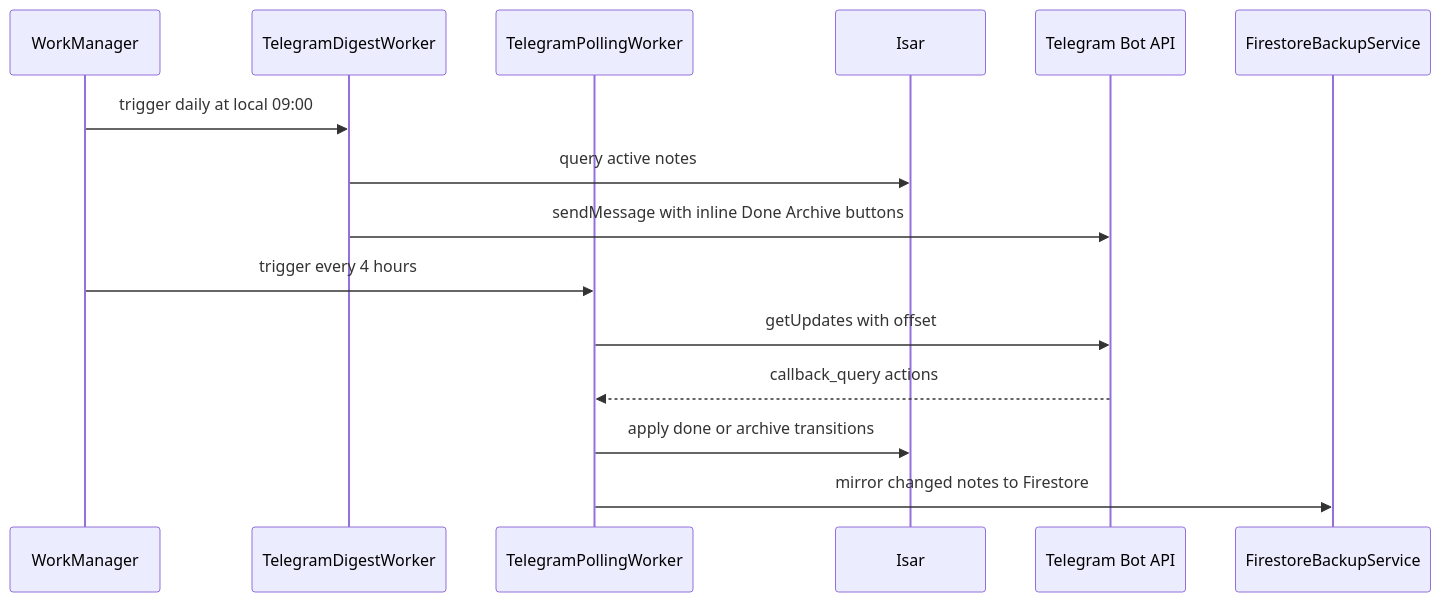
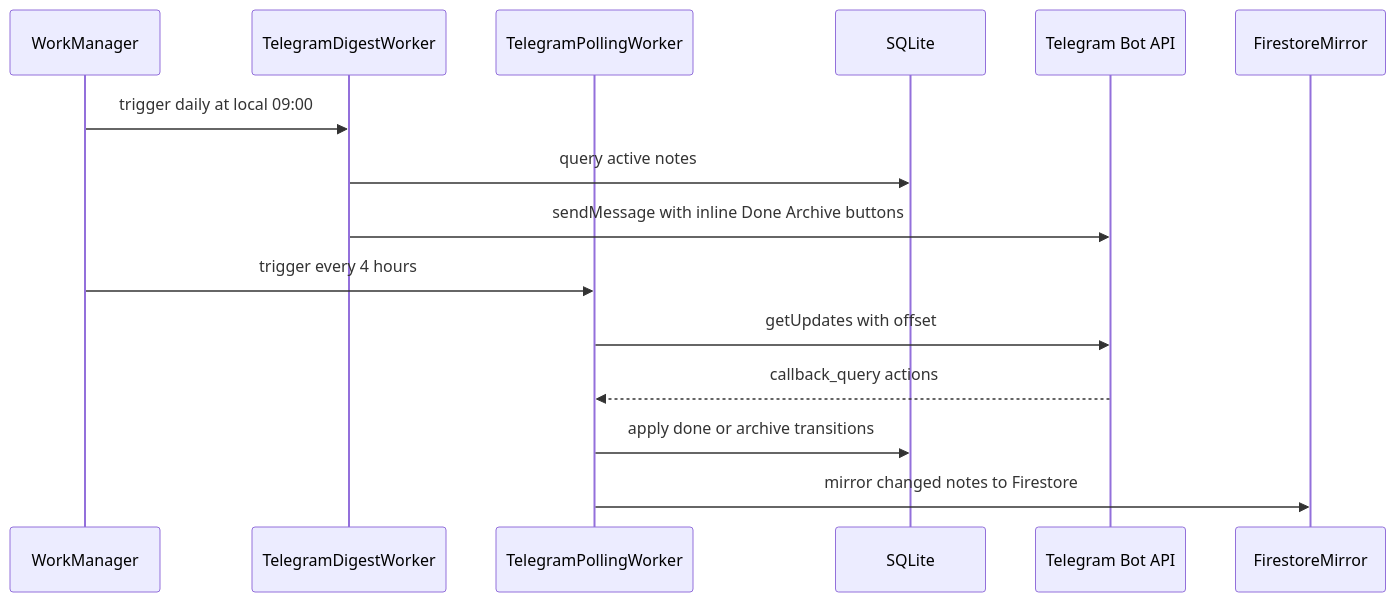
Before and after one commit to Adarshv0524/wishperlog: the third of 4 diagrams in ARCHITECTURE.md, drawn with Mermaid. The commit also changed other lines of this file and 47 other files, not shown here.

````diff
--- a/ARCHITECTURE.md
+++ b/ARCHITECTURE.md
@@ -132,19 +168,19 @@
 ```mermaid
 sequenceDiagram
   participant WM as WorkManager
   participant Digest as TelegramDigestWorker
   participant Poll as TelegramPollingWorker
-  participant Isar
+  participant S as SQLite
   participant TG as Telegram Bot API
-  participant Backup as FirestoreBackupService
+  participant Backup as FirestoreMirror
 
   WM->>Digest: trigger daily at local 09:00
-  Digest->>Isar: query active notes
+  Digest->>S: query active notes
   Digest->>TG: sendMessage with inline Done Archive buttons
 
   WM->>Poll: trigger every 4 hours
   Poll->>TG: getUpdates with offset
   TG-->>Poll: callback_query actions
-  Poll->>Isar: apply done or archive transitions
+  Poll->>S: apply done or archive transitions
   Poll->>Backup: mirror changed notes to Firestore
 ```
````
